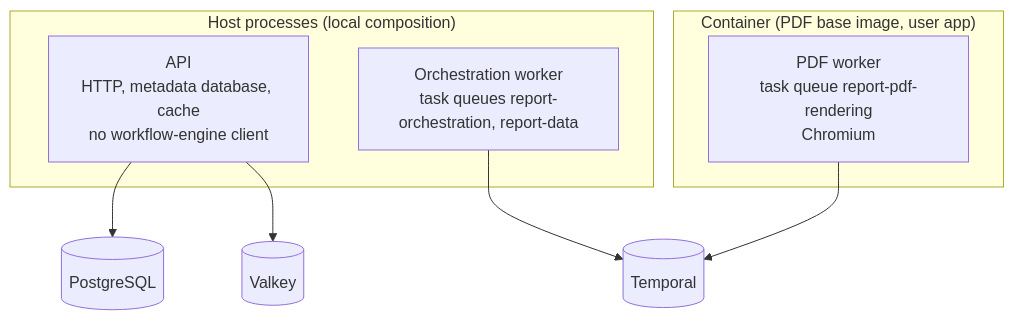
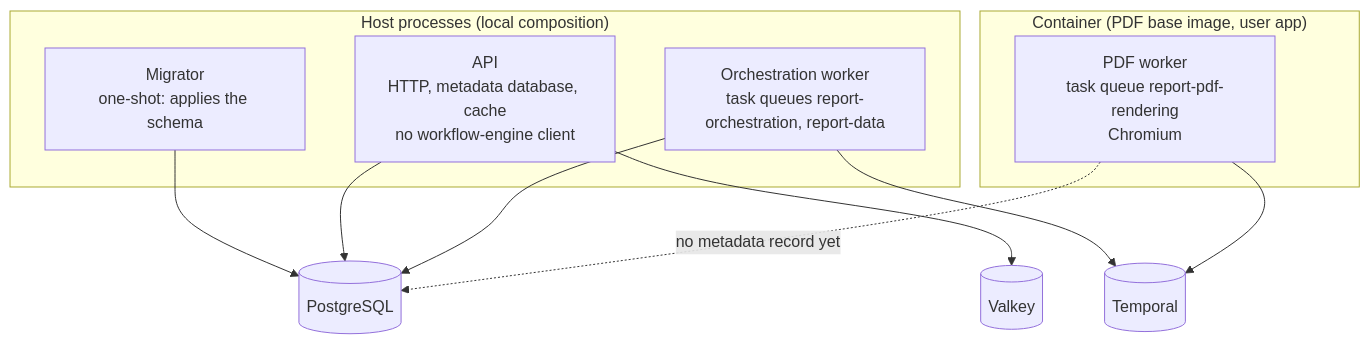
The diagram in docs/process-topology.md (EugenioSerrano/dotnet-report-service), drawn with Mermaid before and after one commit. The commit also changed other lines of this file and 59 other files, not shown here.

````diff
--- a/docs/process-topology.md
+++ b/docs/process-topology.md
@@ -7,17 +7,21 @@
 ```mermaid
 flowchart TB
     subgraph HOST["Host processes (local composition)"]
         API["API<br/>HTTP, metadata database, cache<br/>no workflow-engine client"]
         ORCH["Orchestration worker<br/>task queues report-orchestration, report-data"]
+        MIG["Migrator<br/>one-shot: applies the schema"]
     end
     subgraph CONT["Container (PDF base image, user app)"]
         PDF["PDF worker<br/>task queue report-pdf-rendering<br/>Chromium"]
     end
     PG[("PostgreSQL")]
     VK[("Valkey")]
     TM[("Temporal")]
+    MIG --> PG
     API --> PG
     API --> VK
+    ORCH --> PG
     ORCH --> TM
     PDF --> TM
+    PDF -. "no metadata record yet" .-> PG
 ```
````
